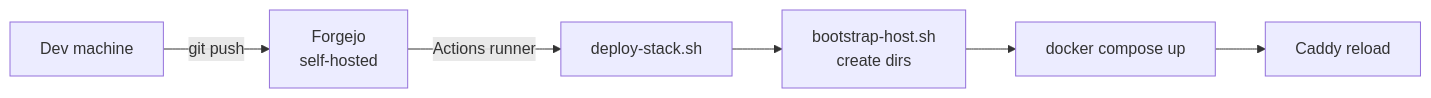
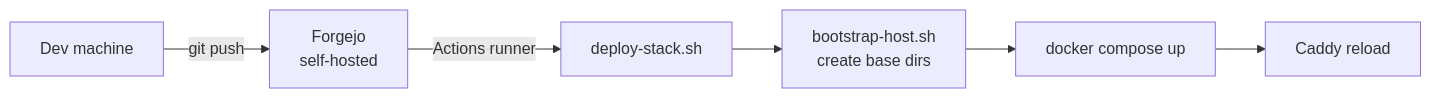
One commit to AnthonyKubeka/homelab changed the first of 3 diagrams in README.md. Above: the diagram before and after it, drawn with Mermaid. The commit also changed other lines of this file and 3 other files, not shown here.

````diff
--- a/README.md
+++ b/README.md
@@ -7,8 +7,8 @@
 ```mermaid
 flowchart LR
     dev[Dev machine] -->|git push| forgejo[Forgejo\nself-hosted]
     forgejo -->|Actions runner| deploy[deploy-stack.sh]
-    deploy --> bootstrap[bootstrap-host.sh\ncreate dirs]
+    deploy --> bootstrap[bootstrap-host.sh\ncreate base dirs]
     bootstrap --> compose[docker compose up]
     compose --> caddy[Caddy reload]
 ```
````
